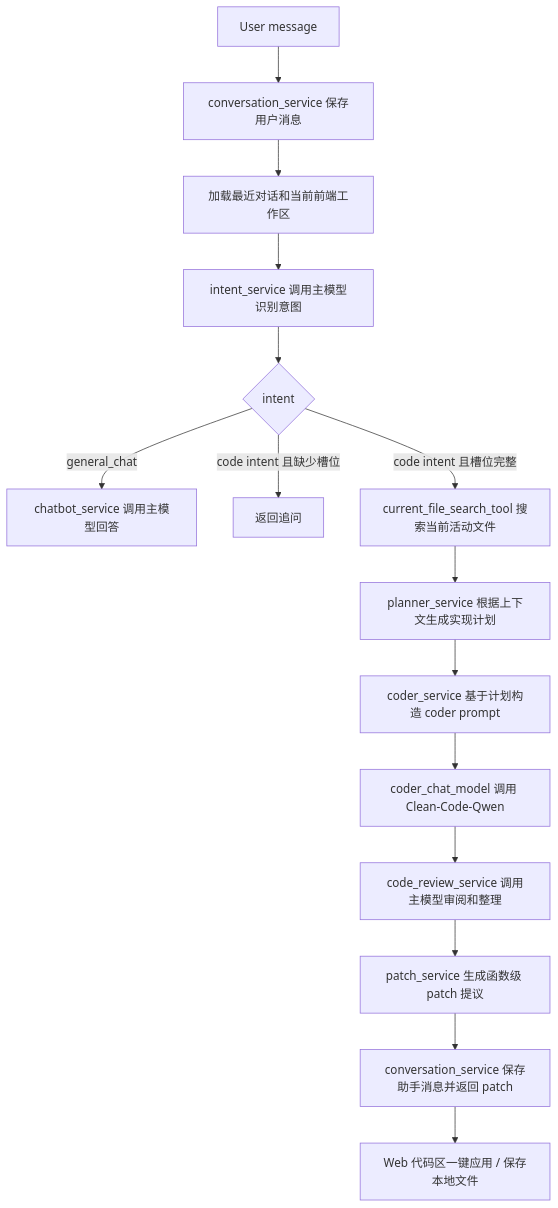
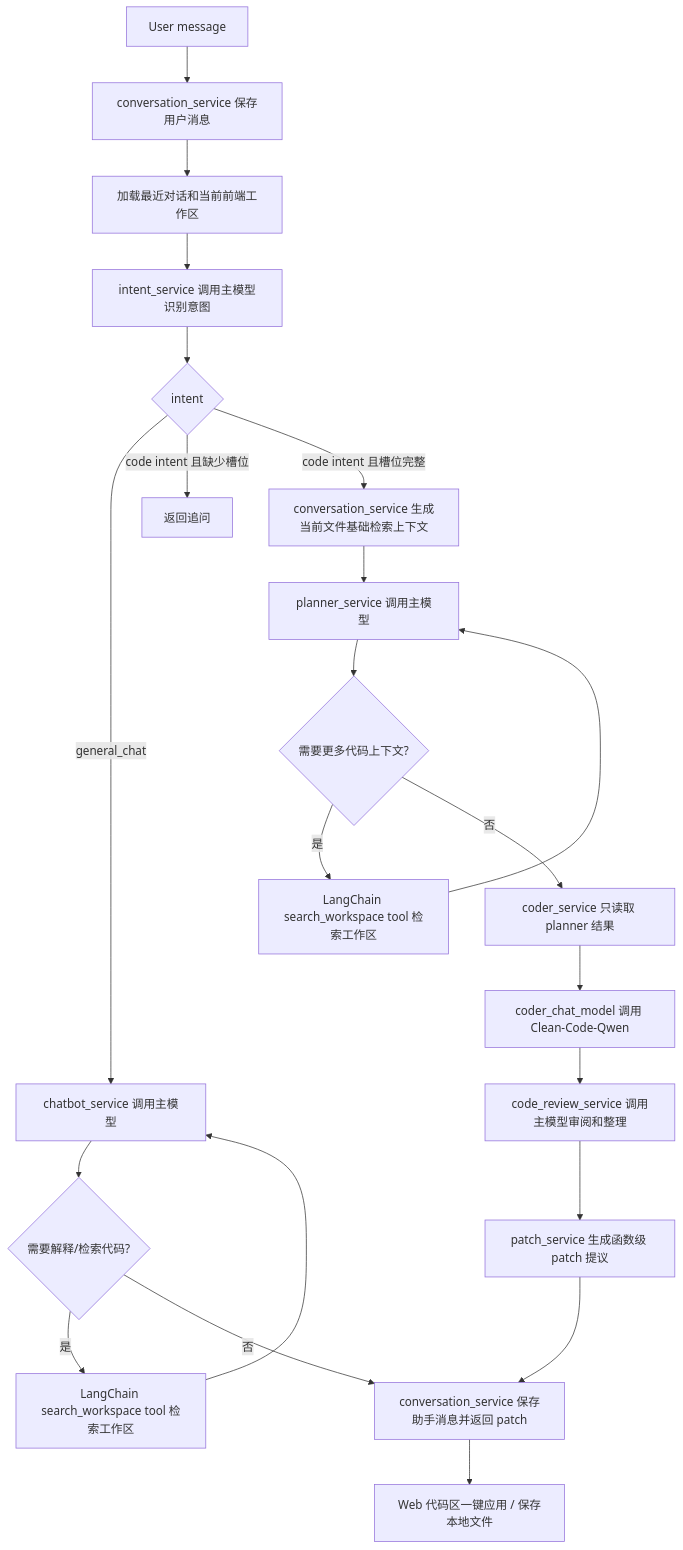
Before and after one commit to iiicellled/Clean-Code-Agent: the first of 2 diagrams in README.md, drawn with Mermaid. The commit also changed other lines of this file and 12 other files, not shown here.

````diff
--- a/README.md
+++ b/README.md
@@ -44,17 +44,24 @@
 ```mermaid
 flowchart TD
     A[User message] --> B[conversation_service 保存用户消息]
     B --> C[加载最近对话和当前前端工作区]
     C --> D[intent_service 调用主模型识别意图]
     D --> E{intent}
-    E -->|general_chat| F[chatbot_service 调用主模型回答]
+    E -->|general_chat| F[chatbot_service 调用主模型]
+    F --> F1{需要解释/检索代码?}
+    F1 -->|是| F2[LangChain search_workspace tool 检索工作区]
+    F2 --> F
+    F1 -->|否| N[conversation_service 保存助手消息]
     E -->|code intent 且缺少槽位| G[返回追问]
-    E -->|code intent 且槽位完整| H[current_file_search_tool 搜索当前活动文件]
-    H --> I[planner_service 根据上下文生成实现计划]
-    I --> J[coder_service 基于计划构造 coder prompt]
+    E -->|code intent 且槽位完整| H[conversation_service 生成当前文件基础检索上下文]
+    H --> I[planner_service 调用主模型]
+    I --> I1{需要更多代码上下文?}
+    I1 -->|是| I2[LangChain search_workspace tool 检索工作区]
+    I2 --> I
+    I1 -->|否| J[coder_service 只读取 planner 结果]
     J --> K[coder_chat_model 调用 Clean-Code-Qwen]
     K --> L[code_review_service 调用主模型审阅和整理]
     L --> M[patch_service 生成函数级 patch 提议]
     M --> N[conversation_service 保存助手消息并返回 patch]
     N --> O[Web 代码区一键应用 / 保存本地文件]
 ```
````
